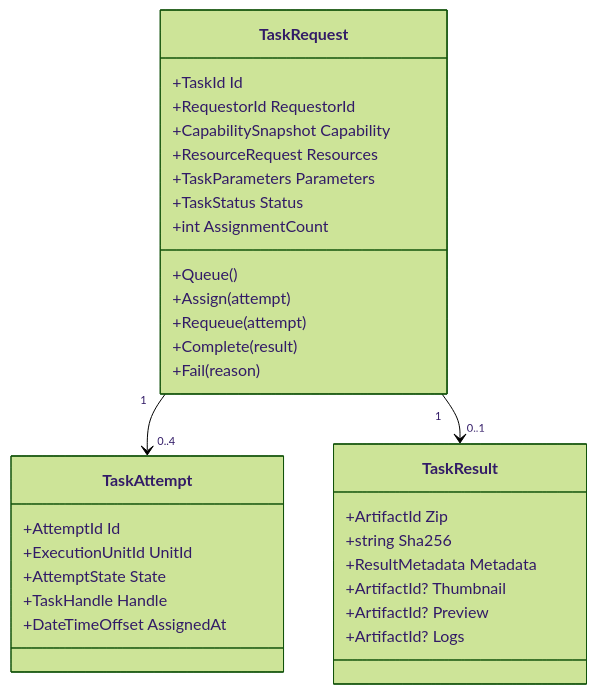
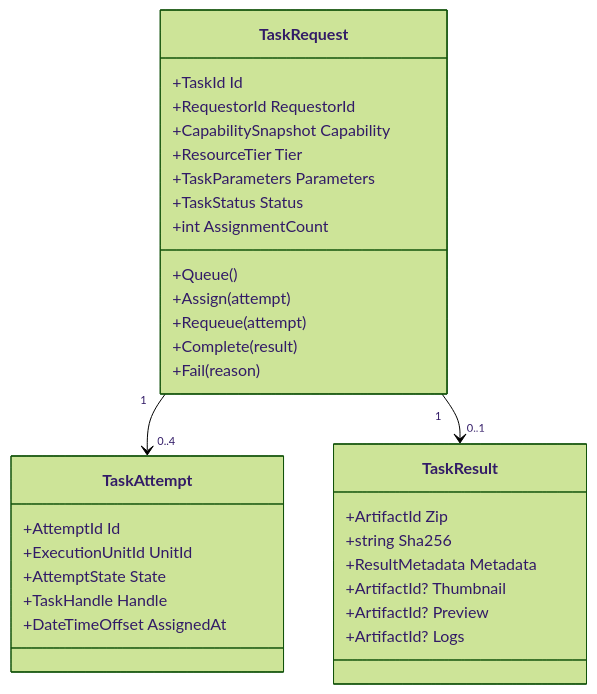
Before and after one commit to trie-me/NetCats: the third of 13 diagrams in docs/08-mutualgpu-example-implementation.md, drawn with Mermaid (forest theme). The commit also changed other lines of this file and 63 other files, not shown here.

````diff
--- a/docs/08-mutualgpu-example-implementation.md
+++ b/docs/08-mutualgpu-example-implementation.md
@@ -179,34 +184,34 @@
 ```mermaid
 classDiagram
     class TaskRequest {
         +TaskId Id
         +RequestorId RequestorId
         +CapabilitySnapshot Capability
-        +ResourceRequest Resources
+        +ResourceTier Tier
         +TaskParameters Parameters
         +TaskStatus Status
         +int AssignmentCount
         +Queue()
         +Assign(attempt)
         +Requeue(attempt)
         +Complete(result)
         +Fail(reason)
     }
     class TaskAttempt {
         +AttemptId Id
         +ExecutionUnitId UnitId
         +AttemptState State
         +TaskHandle Handle
         +DateTimeOffset AssignedAt
     }
     class TaskResult {
         +ArtifactId Zip
         +string Sha256
         +ResultMetadata Metadata
         +ArtifactId? Thumbnail
         +ArtifactId? Preview
         +ArtifactId? Logs
     }
     TaskRequest "1" --> "0..4" TaskAttempt
     TaskRequest "1" --> "0..1" TaskResult
 ```
````
